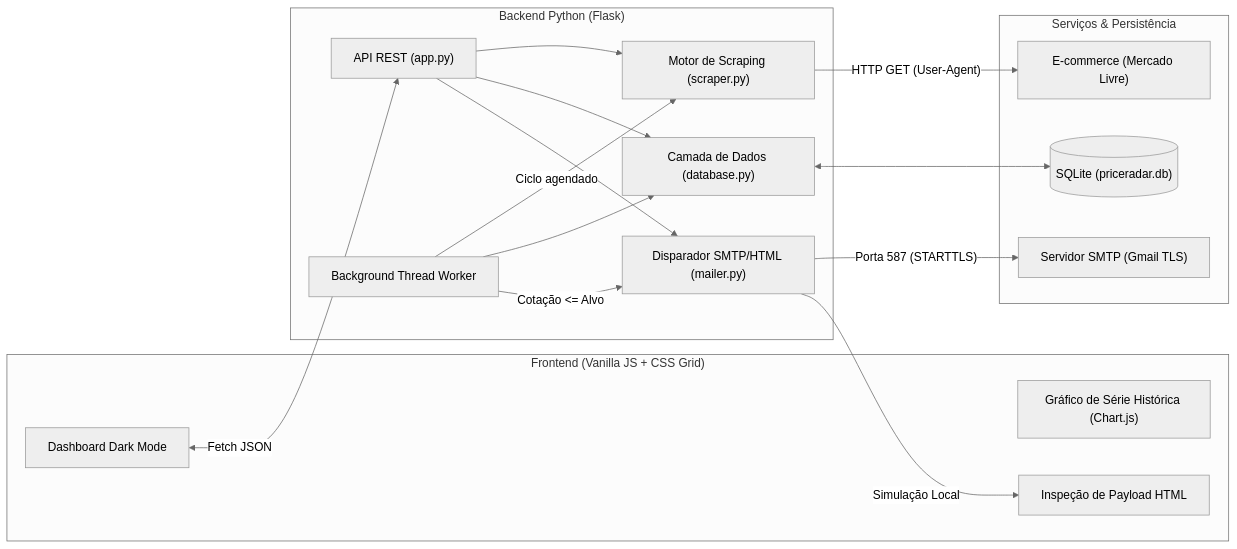
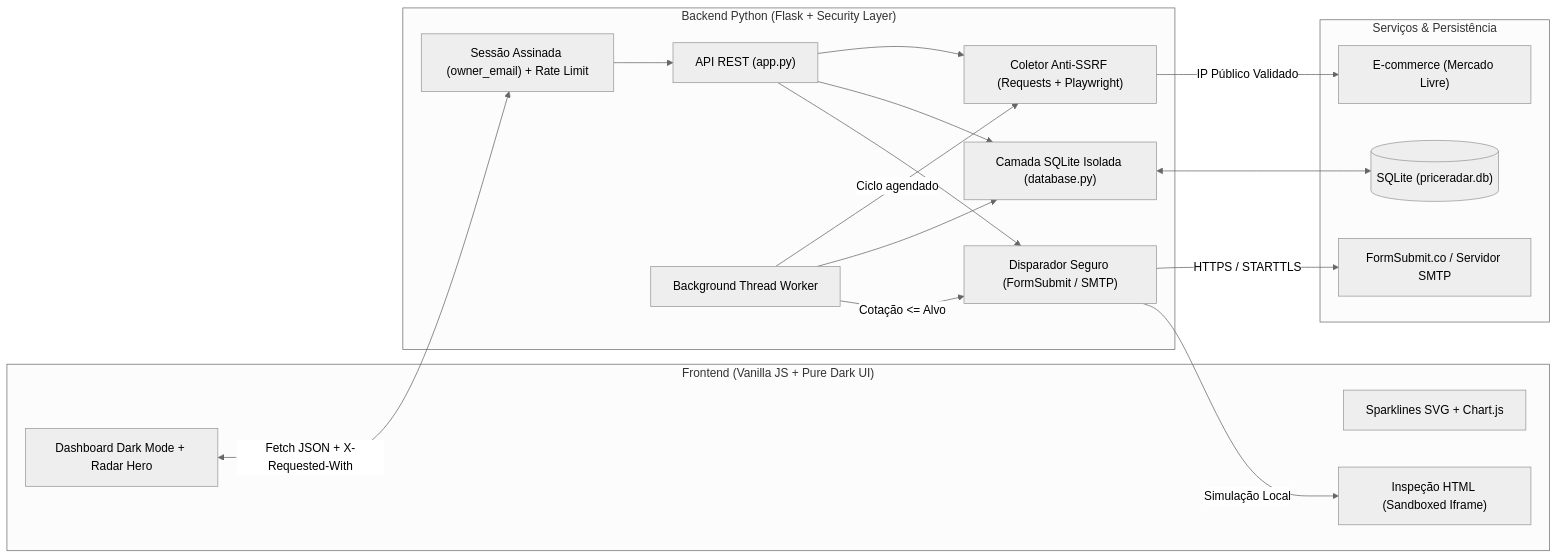
Before and after one commit to Luskinha01-cyber/PriceRadar: the diagram in README.md, drawn with Mermaid (neutral theme). The commit also changed other lines of this file and 8 other files, not shown here.

Commit message:
feat(security): add multi-user email isolation, Playwright anti-bot scraper, 1-step email relay, and SSRF/BOLA/CSRF hardening

````diff
--- a/README.md
+++ b/README.md
@@ -54,34 +74,36 @@
 ```mermaid
 flowchart LR
-    subgraph Frontend ["Frontend (Vanilla JS + CSS Grid)"]
-        UI["Dashboard Dark Mode"]
-        Chart["Gráfico de Série Histórica (Chart.js)"]
-        Preview["Inspeção de Payload HTML"]
+    subgraph Frontend ["Frontend (Vanilla JS + Pure Dark UI)"]
+        UI["Dashboard Dark Mode + Radar Hero"]
+        Spark["Sparklines SVG + Chart.js"]
+        Preview["Inspeção HTML (Sandboxed Iframe)"]
     end
 
-    subgraph Backend ["Backend Python (Flask)"]
+    subgraph Backend ["Backend Python (Flask + Security Layer)"]
+        Auth["Sessão Assinada (owner_email) + Rate Limit"]
         API["API REST (app.py)"]
         Worker["Background Thread Worker"]
-        Scraper["Motor de Scraping (scraper.py)"]
-        Mailer["Disparador SMTP/HTML (mailer.py)"]
-        DBLayer["Camada de Dados (database.py)"]
+        Scraper["Coletor Anti-SSRF (Requests + Playwright)"]
+        Mailer["Disparador Seguro (FormSubmit / SMTP)"]
+        DBLayer["Camada SQLite Isolada (database.py)"]
     end
 
     subgraph External ["Serviços & Persistência"]
         SQLite[("SQLite (priceradar.db)")]
         ML["E-commerce (Mercado Livre)"]
-        SMTP["Servidor SMTP (Gmail TLS)"]
+        Relay["FormSubmit.co / Servidor SMTP"]
     end
 
-    UI <-->|"Fetch JSON"| API
+    UI <-->|"Fetch JSON + X-Requested-With"| Auth
+    Auth --> API
     Worker -->|"Ciclo agendado"| Scraper
     API --> Scraper
-    Scraper -->|"HTTP GET (User-Agent)"| ML
+    Scraper -->|"IP Público Validado"| ML
     API --> DBLayer
     Worker --> DBLayer
     DBLayer <--> SQLite
     API --> Mailer
     Worker -->|"Cotação <= Alvo"| Mailer
-    Mailer -->|"Porta 587 (STARTTLS)"| SMTP
+    Mailer -->|"HTTPS / STARTTLS"| Relay
     Mailer -->|"Simulação Local"| Preview
 ```
````
